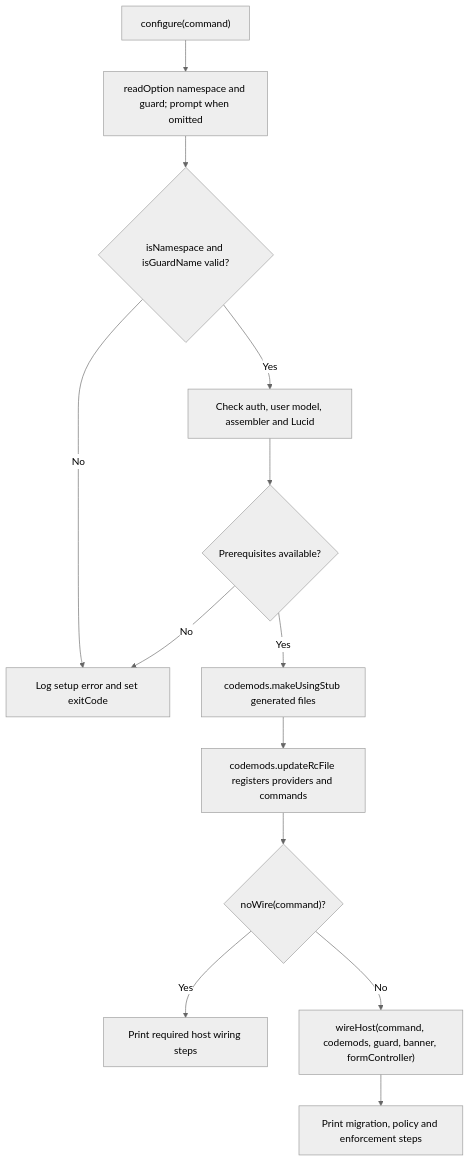
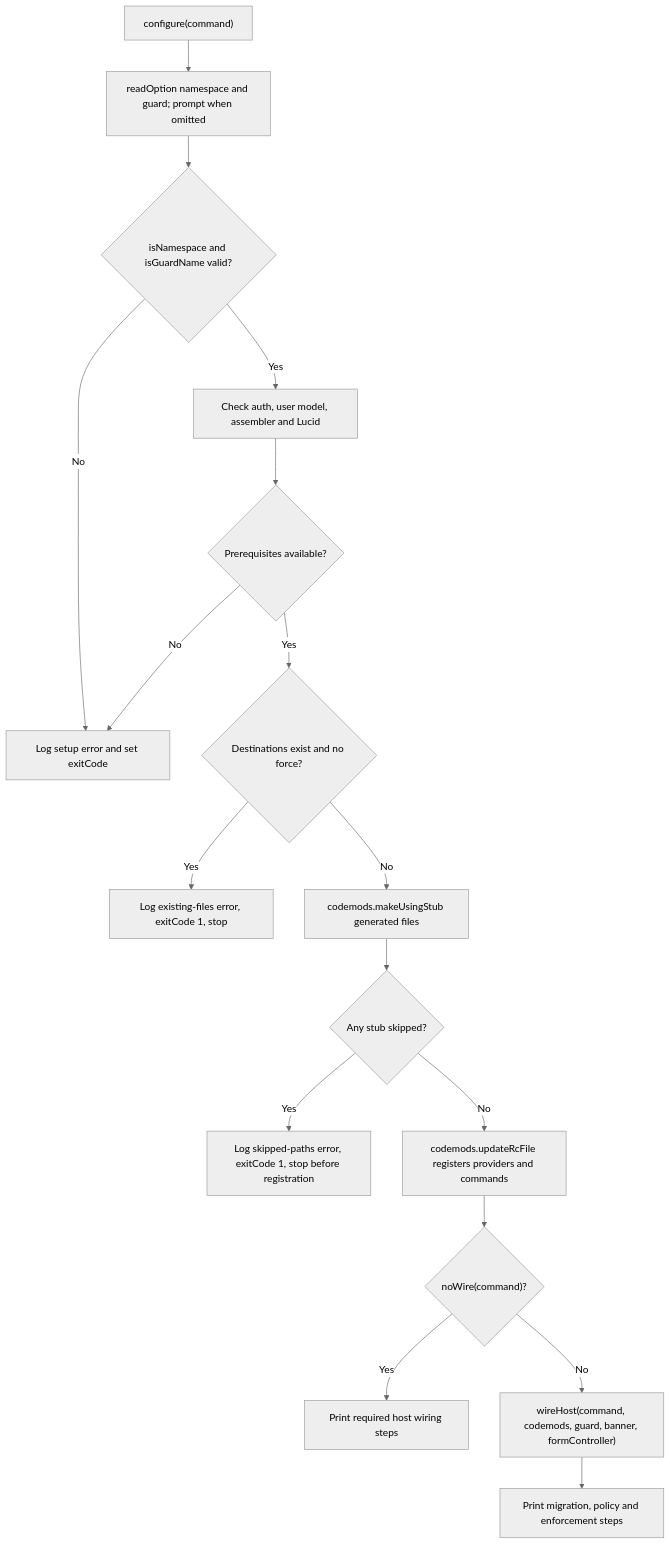
Before and after one commit to Kevinjohn/oss-adonisjs-masquerade: the second of 2 diagrams in user-stories/configure-masquerade/us-setup-01-configure-masquerade.md, drawn with Mermaid (neutral theme). The commit also changed other lines of this file and 13 other files, not shown here.

````diff
--- a/user-stories/configure-masquerade/us-setup-01-configure-masquerade.md
+++ b/user-stories/configure-masquerade/us-setup-01-configure-masquerade.md
@@ -46,15 +48,19 @@
 ```mermaid
 flowchart TD
     A["configure(command)"] --> B["readOption namespace and guard; prompt when omitted"]
     B --> N{"isNamespace and isGuardName valid?"}
     N -->|No| E["Log setup error and set exitCode"]
     N -->|Yes| C["Check auth, user model, assembler and Lucid"]
     C --> D{"Prerequisites available?"}
     D -->|No| E
-    D -->|Yes| F["codemods.makeUsingStub generated files"]
-    F --> G["codemods.updateRcFile registers providers and commands"]
+    D -->|Yes| X{"Destinations exist and no force?"}
+    X -->|Yes| Y["Log existing-files error, exitCode 1, stop"]
+    X -->|No| F["codemods.makeUsingStub generated files"]
+    F --> Z{"Any stub skipped?"}
+    Z -->|Yes| Y2["Log skipped-paths error, exitCode 1, stop before registration"]
+    Z -->|No| G["codemods.updateRcFile registers providers and commands"]
     G --> H{"noWire(command)?"}
     H -->|Yes| I["Print required host wiring steps"]
     H -->|No| J["wireHost(command, codemods, guard, banner, formController)"]
     J --> K["Print migration, policy and enforcement steps"]
 ```
````
